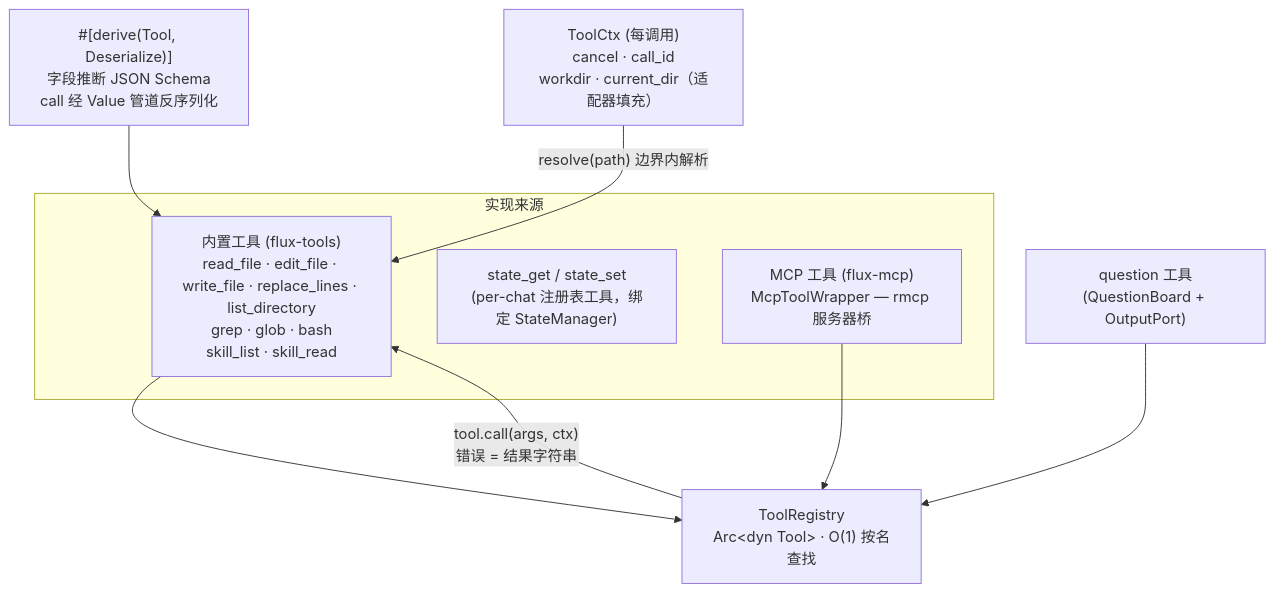
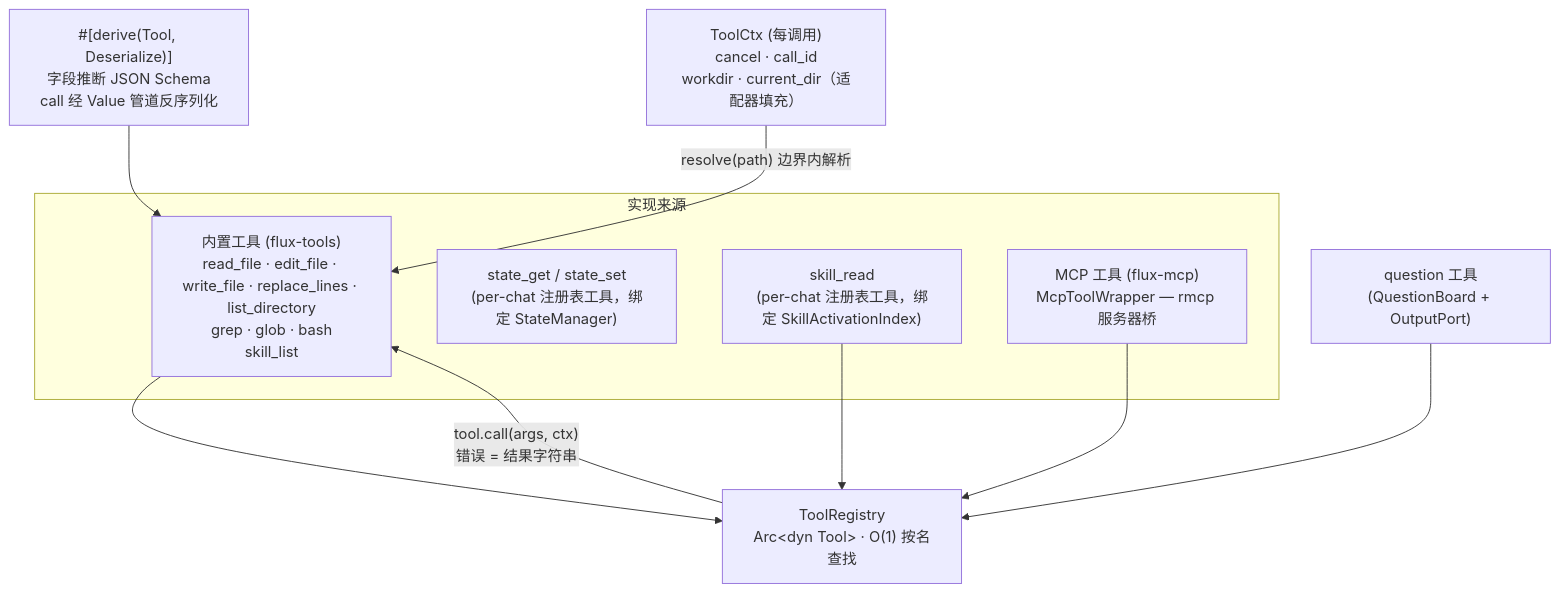
One commit to km0e/flux changed the fifth of 8 diagrams in docs/architecture.md. Above: the diagram before and after it, drawn with Mermaid. The commit also changed other lines of this file and 75 other files, not shown here.

````diff
--- a/docs/architecture.md
+++ b/docs/architecture.md
@@ -235,18 +235,20 @@
 ```mermaid
 graph TB
  MACRO["#[derive(Tool, Deserialize)]<br/>字段推断 JSON Schema<br/>call 经 Value 管道反序列化"]
  subgraph IMPL["实现来源"]
- BUILTIN["内置工具 (flux-tools)<br/>read_file · edit_file · write_file · replace_lines · list_directory<br/>grep · glob · bash<br/>skill_list · skill_read"]
+ BUILTIN["内置工具 (flux-tools)<br/>read_file · edit_file · write_file · replace_lines · list_directory<br/>grep · glob · bash<br/>skill_list"]
  STATE["state_get / state_set<br/>(per-chat 注册表工具，绑定 StateManager)"]
+ SKILL["skill_read<br/>(per-chat 注册表工具，绑定 SkillActivationIndex)"]
  MCPT["MCP 工具 (flux-mcp)<br/>McpToolWrapper — rmcp 服务器桥"]
  end
  REG["ToolRegistry<br/>Arc&lt;dyn Tool&gt; · O(1) 按名查找"]
  CTX["ToolCtx (每调用)<br/>cancel · call_id<br/>workdir · current_dir（适配器填充）"]
  MACRO --> BUILTIN
  BUILTIN --> REG
+ SKILL --> REG
  QUESTION["question 工具<br/>(QuestionBoard + OutputPort)"]
  QUESTION --> REG
  MCPT --> REG
  REG -->|"tool.call(args, ctx)<br/>错误 = 结果字符串"| BUILTIN
  CTX -->|"resolve(path) 边界内解析"| BUILTIN
 ```
````
